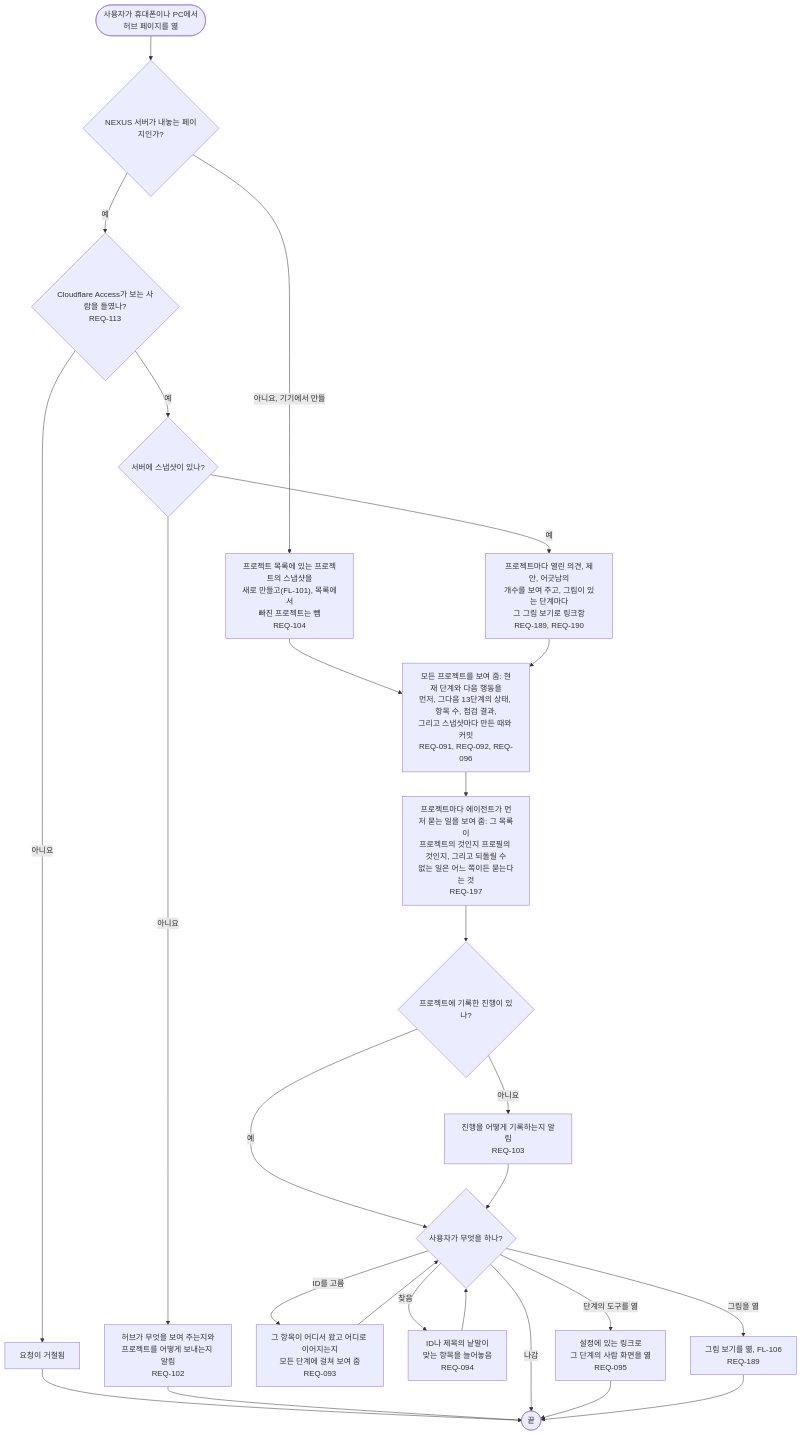
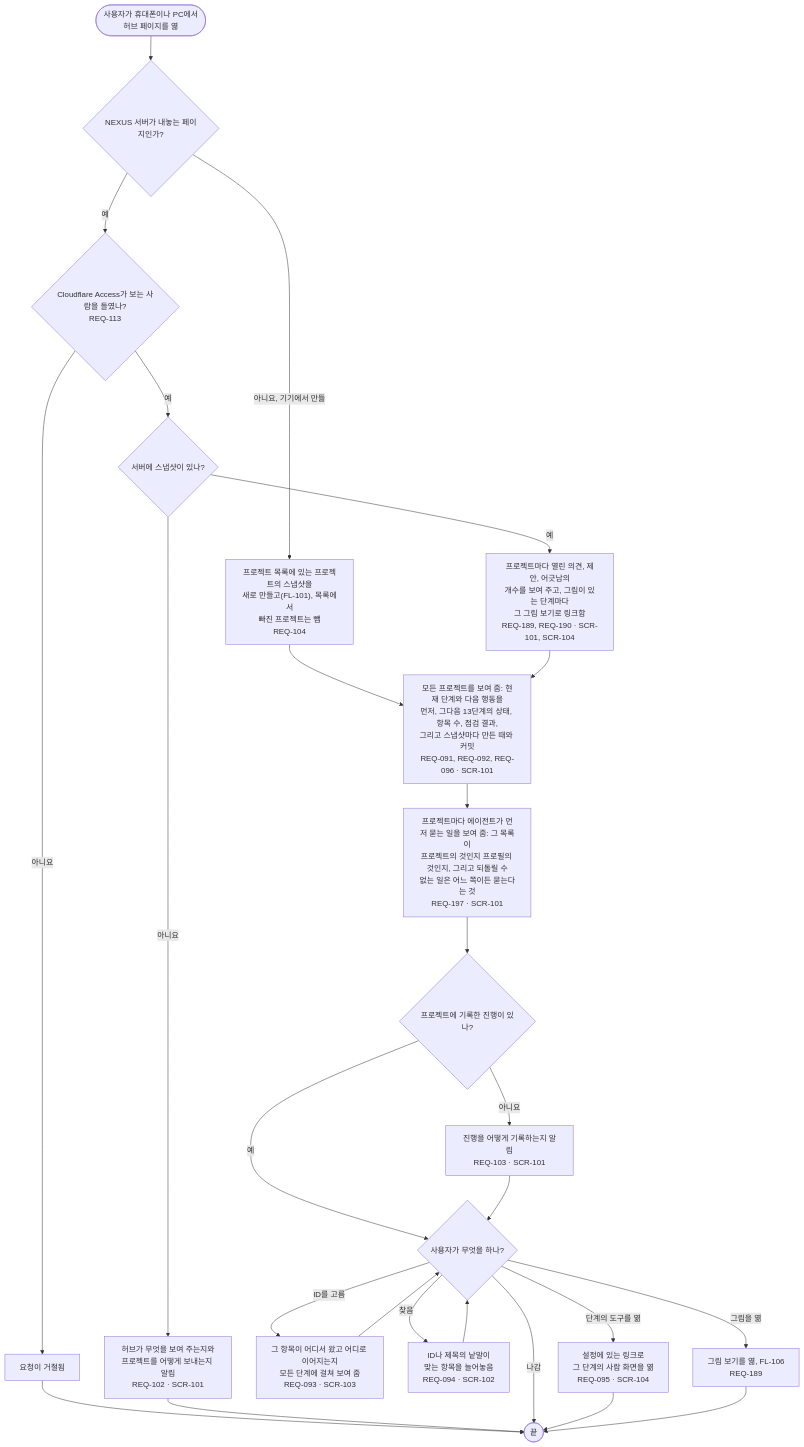
One commit to kodonghui/corthex-nexus changed the diagram in docs/03-user-flow/nexus/FL-105-see-the-hub-page.ko.md. Above: the diagram before and after it, drawn with Mermaid. The commit also changed 19 other files, not shown here.

````diff
--- a/docs/03-user-flow/nexus/FL-105-see-the-hub-page.ko.md
+++ b/docs/03-user-flow/nexus/FL-105-see-the-hub-page.ko.md
@@ -9,28 +9,28 @@
 ```mermaid
 flowchart TD
   A(["사용자가 휴대폰이나 PC에서<br/>허브 페이지를 엶"]) --> B{"NEXUS 서버가 내놓는 페이지인가?"}
   B -->|아니요, 기기에서 만듦| C["프로젝트 목록에 있는 프로젝트의 스냅샷을<br/>새로 만들고(FL-101), 목록에서<br/>빠진 프로젝트는 뺌<br/>REQ-104"]
   B -->|예| D{"Cloudflare Access가 보는 사람을 들였나?<br/>REQ-113"}
   D -->|아니요| D1["요청이 거절됨"]
   D1 --> Z(["끝"])
   D -->|예| E{"서버에 스냅샷이 있나?"}
-  E -->|아니요| E1["허브가 무엇을 보여 주는지와<br/>프로젝트를 어떻게 보내는지 알림<br/>REQ-102"]
+  E -->|아니요| E1["허브가 무엇을 보여 주는지와<br/>프로젝트를 어떻게 보내는지 알림<br/>REQ-102 · SCR-101"]
   E1 --> Z
-  E -->|예| F["프로젝트마다 열린 의견, 제안, 어긋남의<br/>개수를 보여 주고, 그림이 있는 단계마다<br/>그 그림 보기로 링크함<br/>REQ-189, REQ-190"]
+  E -->|예| F["프로젝트마다 열린 의견, 제안, 어긋남의<br/>개수를 보여 주고, 그림이 있는 단계마다<br/>그 그림 보기로 링크함<br/>REQ-189, REQ-190 · SCR-101, SCR-104"]
   C --> G
-  F --> G["모든 프로젝트를 보여 줌: 현재 단계와 다음 행동을<br/>먼저, 그다음 13단계의 상태, 항목 수, 점검 결과,<br/>그리고 스냅샷마다 만든 때와 커밋<br/>REQ-091, REQ-092, REQ-096"]
-  G --> G1["프로젝트마다 에이전트가 먼저 묻는 일을 보여 줌: 그 목록이<br/>프로젝트의 것인지 프로필의 것인지, 그리고 되돌릴 수<br/>없는 일은 어느 쪽이든 묻는다는 것<br/>REQ-197"]
+  F --> G["모든 프로젝트를 보여 줌: 현재 단계와 다음 행동을<br/>먼저, 그다음 13단계의 상태, 항목 수, 점검 결과,<br/>그리고 스냅샷마다 만든 때와 커밋<br/>REQ-091, REQ-092, REQ-096 · SCR-101"]
+  G --> G1["프로젝트마다 에이전트가 먼저 묻는 일을 보여 줌: 그 목록이<br/>프로젝트의 것인지 프로필의 것인지, 그리고 되돌릴 수<br/>없는 일은 어느 쪽이든 묻는다는 것<br/>REQ-197 · SCR-101"]
   G1 --> H{"프로젝트에 기록한 진행이 있나?"}
-  H -->|아니요| H1["진행을 어떻게 기록하는지 알림<br/>REQ-103"]
+  H -->|아니요| H1["진행을 어떻게 기록하는지 알림<br/>REQ-103 · SCR-101"]
   H -->|예| I
   H1 --> I{"사용자가 무엇을 하나?"}
-  I -->|ID를 고름| J["그 항목이 어디서 왔고 어디로 이어지는지<br/>모든 단계에 걸쳐 보여 줌<br/>REQ-093"]
-  I -->|찾음| K["ID나 제목의 낱말이<br/>맞는 항목을 늘어놓음<br/>REQ-094"]
-  I -->|단계의 도구를 엶| L["설정에 있는 링크로<br/>그 단계의 사람 화면을 엶<br/>REQ-095"]
+  I -->|ID를 고름| J["그 항목이 어디서 왔고 어디로 이어지는지<br/>모든 단계에 걸쳐 보여 줌<br/>REQ-093 · SCR-103"]
+  I -->|찾음| K["ID나 제목의 낱말이<br/>맞는 항목을 늘어놓음<br/>REQ-094 · SCR-102"]
+  I -->|단계의 도구를 엶| L["설정에 있는 링크로<br/>그 단계의 사람 화면을 엶<br/>REQ-095 · SCR-104"]
   I -->|그림을 엶| M["그림 보기를 엶, FL-106<br/>REQ-189"]
   I -->|나감| Z
   J --> I
   K --> I
   L --> Z
   M --> Z
 ```
````
